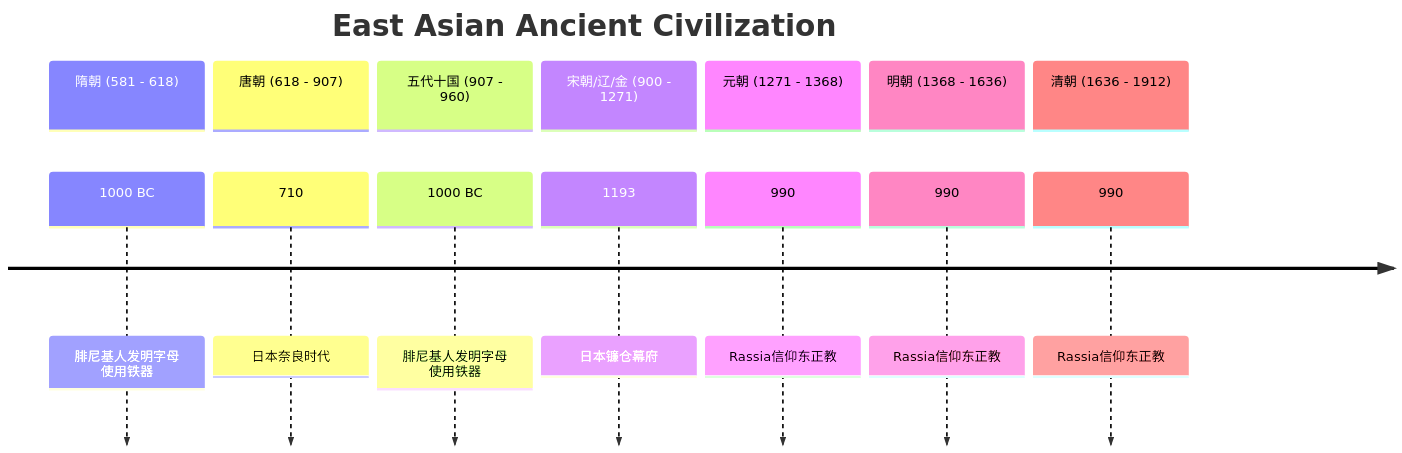
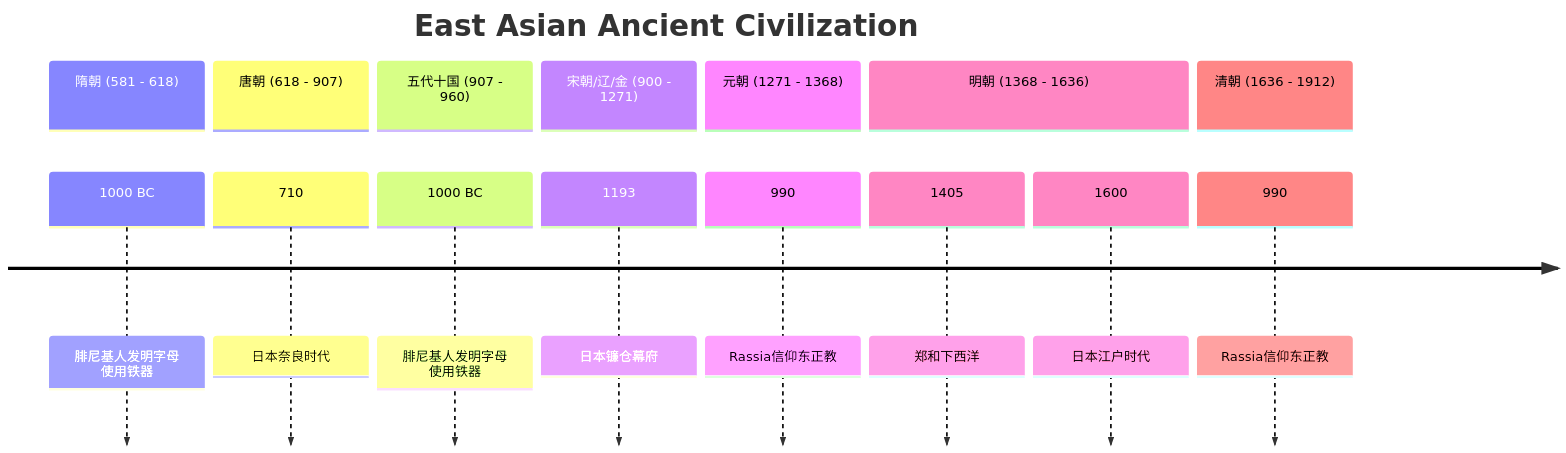
Before and after one commit to stemgene/World_history_time_line: the seventh of 8 diagrams in README.md, drawn with Mermaid. The commit also changed other lines of this file, not shown here.

````diff
--- a/README.md
+++ b/README.md
@@ -143,22 +143,24 @@
 ```mermaid
 timeline
 title East Asian Ancient Civilization
 
 Section 隋朝 (581 - 618)
     1000 BC: 腓尼基人发明字母<br>使用铁器
 Section 唐朝 (618 - 907)
     710: 日本奈良时代
 Section 五代十国 (907 - 960)
     1000 BC: 腓尼基人发明字母<br>使用铁器
 
 Section 宋朝/辽/金 (900 - 1271)
     1193: 日本镰仓幕府
 Section 元朝 (1271 - 1368)
     990: Rassia信仰东正教
 
 Section 明朝 (1368 - 1636)
-    990: Rassia信仰东正教
+
+    1405: 郑和下西洋
+    1600: 日本江户时代
 
 Section 清朝 (1636 - 1912)
     990: Rassia信仰东正教
 ```
````
